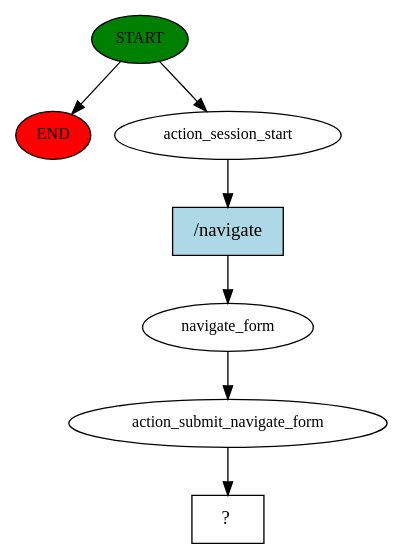
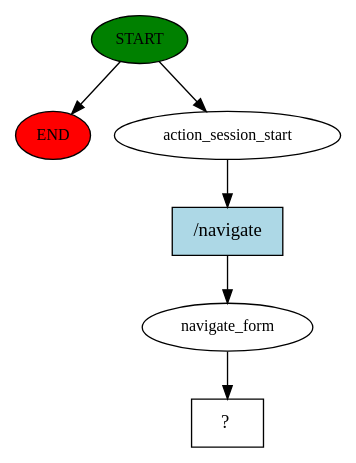
Before and after one commit to medAzizBennour/rasa_borhen: the diagram in story_graph.dot, drawn with Graphviz. The commit also changed 13 other files, not shown here.

```diff
--- a/story_graph.dot
+++ b/story_graph.dot
@@ -1,15 +1,13 @@
 digraph  {
 0 [class="start active", fillcolor=green, fontsize=12, label=START, style=filled];
 "-1" [class=end, fillcolor=red, fontsize=12, label=END, style=filled];
 1 [class=active, fontsize=12, label=action_session_start];
 2 [class=active, fontsize=12, label=navigate_form];
-3 [class=active, fontsize=12, label=action_submit_navigate_form];
-4 [class="intent dashed active", label="  ?  ", shape=rect];
-5 [class="intent active", fillcolor=lightblue, label="/navigate", shape=rect, style=filled];
+3 [class="intent dashed active", label="  ?  ", shape=rect];
+4 [class="intent active", fillcolor=lightblue, label="/navigate", shape=rect, style=filled];
 0 -> "-1"  [class="", key=NONE, label=""];
 0 -> 1  [class=active, key=NONE, label=""];
-1 -> 5  [class=active, key=0];
+1 -> 4  [class=active, key=0];
 2 -> 3  [class=active, key=NONE, label=""];
-3 -> 4  [class=active, key=NONE, label=""];
-5 -> 2  [class=active, key=0];
+4 -> 2  [class=active, key=0];
 }
```
